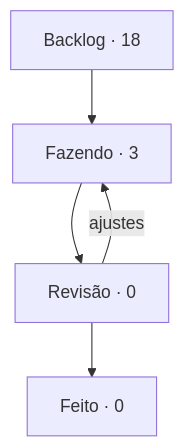
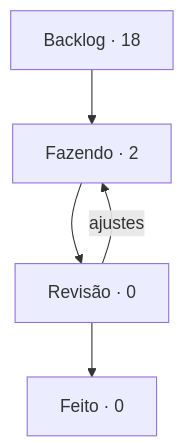
One commit to StudioVibi/VibiKanban changed the diagram in boards/dungeon-bend/BOARD.md. Above: the diagram before and after it, drawn with Mermaid. The commit also changed other lines of this file and 2 other files, not shown here.

````diff
--- a/boards/dungeon-bend/BOARD.md
+++ b/boards/dungeon-bend/BOARD.md
@@ -5,10 +5,10 @@
 ```mermaid
 flowchart TD
-  backlog["Backlog · 18"] --> doing["Fazendo · 3"]
+  backlog["Backlog · 18"] --> doing["Fazendo · 2"]
   doing --> review["Revisão · 0"]
   review --> done["Feito · 0"]
   review -->|ajustes| doing
   doing:::blue
   review:::yellow
   done:::green
 ```
````
